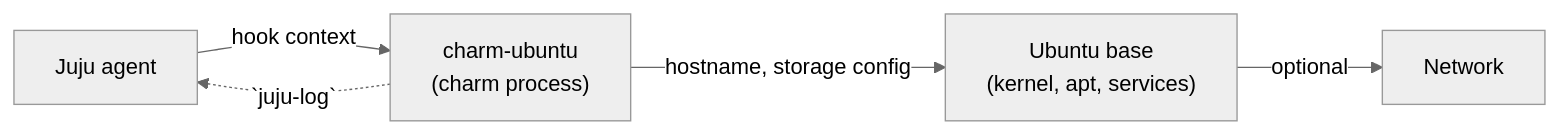
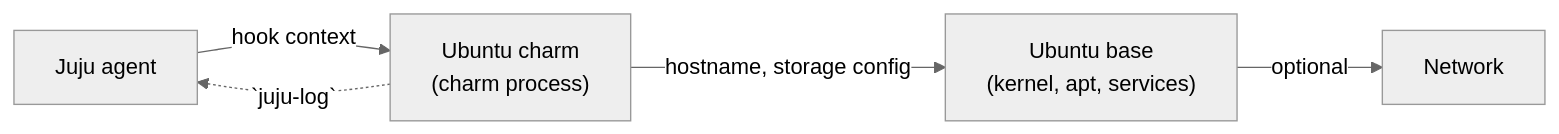
Before and after one commit to canonical/charm-ubuntu: the diagram in SECURITY.md, drawn with Mermaid (neutral theme). The commit also changed other lines of this file, not shown here.

First line of the commit message:
docs(security): refer to 'the Ubuntu charm' rather than 'charm-ubuntu' in prose

````diff
--- a/SECURITY.md
+++ b/SECURITY.md
@@ -14,7 +14,7 @@
 ```mermaid
 flowchart LR
-    Juju["Juju agent"] -->|hook context| Charm["charm-ubuntu<br/>(charm process)"]
+    Juju["Juju agent"] -->|hook context| Charm["Ubuntu charm<br/>(charm process)"]
     Charm -->|hostname, storage config| Base["Ubuntu base<br/>(kernel, apt, services)"]
     Base -->|optional| Net["Network"]
     Charm -.->|`juju-log`| Juju
 ```
````
